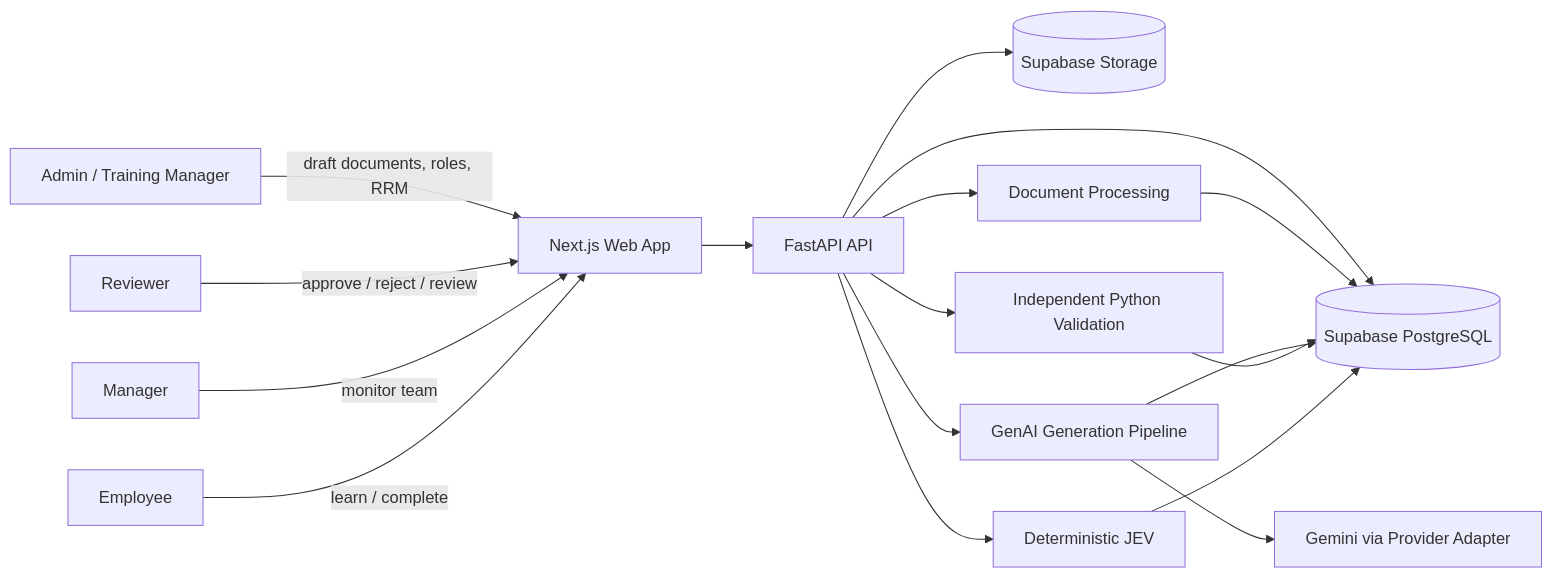
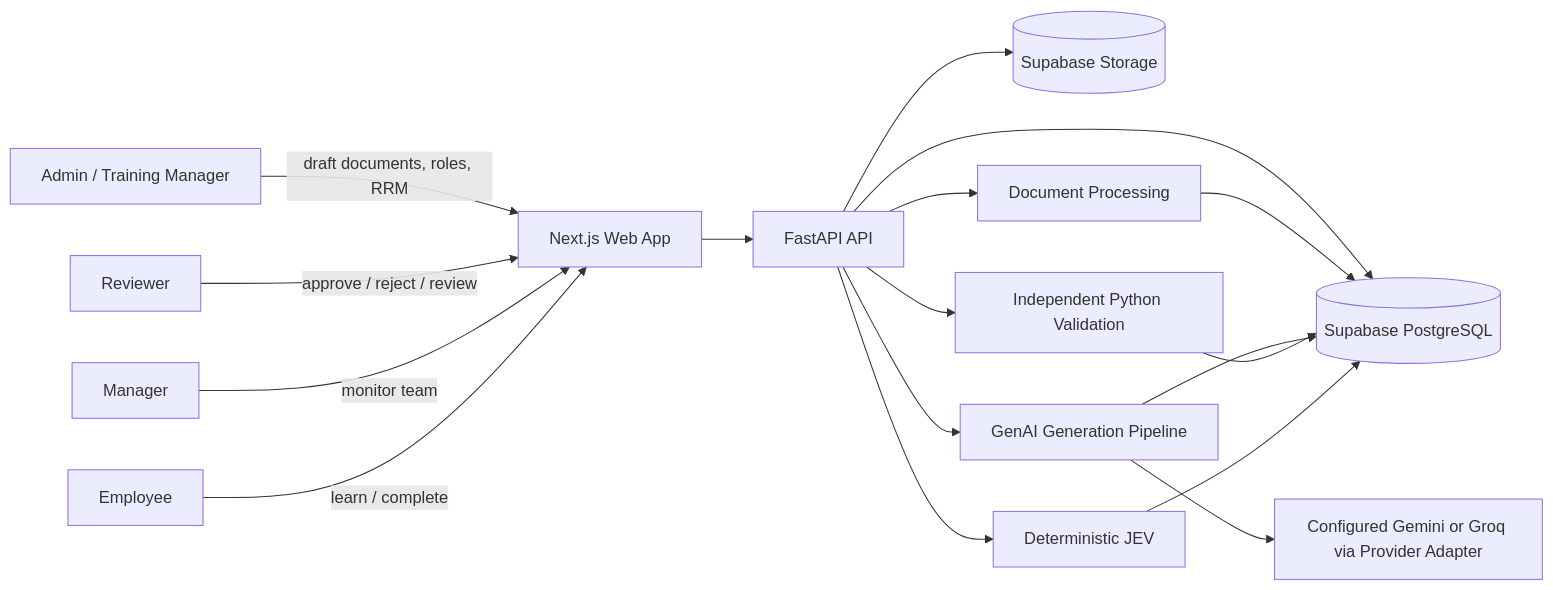
Before and after one commit to Ansarkhan012/skillsprint-ai: the first of 3 diagrams in ARCHITECTURE.md, drawn with Mermaid. The commit also changed other lines of this file and 44 other files, not shown here.

````diff
--- a/ARCHITECTURE.md
+++ b/ARCHITECTURE.md
@@ -11,19 +13,19 @@
 ```mermaid
 flowchart LR
   A[Admin / Training Manager] -->|draft documents, roles, RRM| W[Next.js Web App]
   R[Reviewer] -->|approve / reject / review| W
   M[Manager] -->|monitor team| W
   E[Employee] -->|learn / complete| W
   W --> API[FastAPI API]
   API --> DB[(Supabase PostgreSQL)]
   API --> ST[(Supabase Storage)]
   API --> DOC[Document Processing]
   API --> GEN[GenAI Generation Pipeline]
   API --> VAL[Independent Python Validation]
   API --> JEV[Deterministic JEV]
-  GEN --> GP[Gemini via Provider Adapter]
+  GEN --> GP[Configured Gemini or Groq via Provider Adapter]
   DOC --> DB
   GEN --> DB
   VAL --> DB
   JEV --> DB
 ```
````
